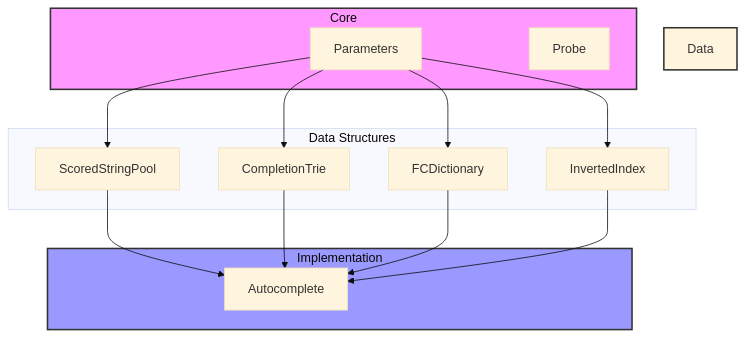
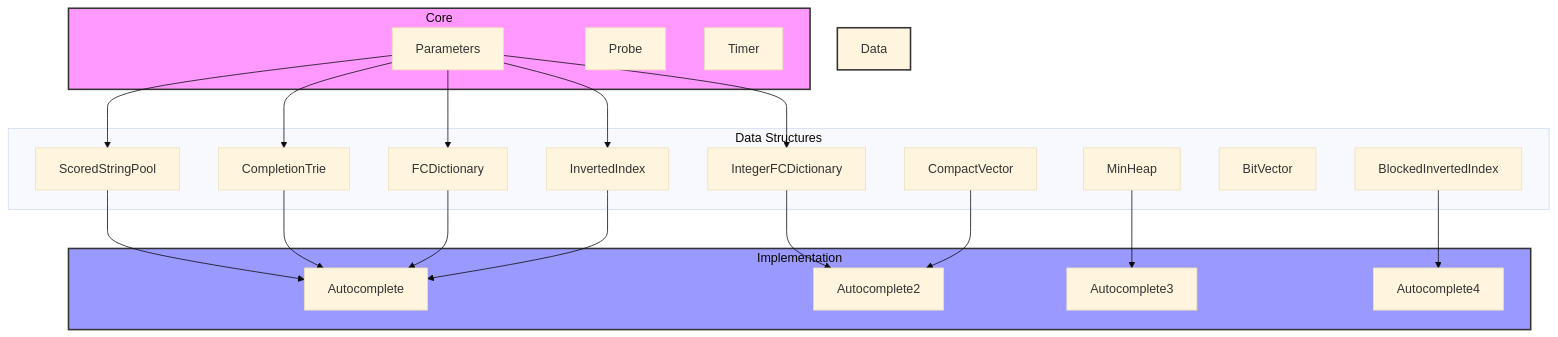
Before and after one commit to aawadall/autocomplete: the second of 3 diagrams in doc/class_diagram.md, drawn with Mermaid (base theme). The commit also changed other lines of this file and 1 other file, not shown here.

````diff
--- a/doc/class_diagram.md
+++ b/doc/class_diagram.md
@@ -133,33 +223,47 @@
 ```mermaid
 graph TD
     subgraph Core
         Parameters
         Probe
+        Timer
     end
 
     subgraph Data Structures
         ScoredStringPool
         CompletionTrie
         FCDictionary
+        IntegerFCDictionary
         InvertedIndex
+        BlockedInvertedIndex
+        CompactVector
+        BitVector
+        MinHeap
     end
 
     subgraph Implementation
         Autocomplete
+        Autocomplete2
+        Autocomplete3
+        Autocomplete4
     end
 
     %% Dependencies
     Parameters --> ScoredStringPool
     Parameters --> CompletionTrie
     Parameters --> FCDictionary
     Parameters --> InvertedIndex
+    Parameters --> IntegerFCDictionary
     
     ScoredStringPool --> Autocomplete
     CompletionTrie --> Autocomplete
     FCDictionary --> Autocomplete
     InvertedIndex --> Autocomplete
+    IntegerFCDictionary --> Autocomplete2
+    CompactVector --> Autocomplete2
+    MinHeap --> Autocomplete3
+    BlockedInvertedIndex --> Autocomplete4
 
     style Core fill:#f9f,stroke:#333,stroke-width:2px
     style Data Structures fill:#9f9,stroke:#333,stroke-width:2px
     style Implementation fill:#99f,stroke:#333,stroke-width:2px
 ```
````
